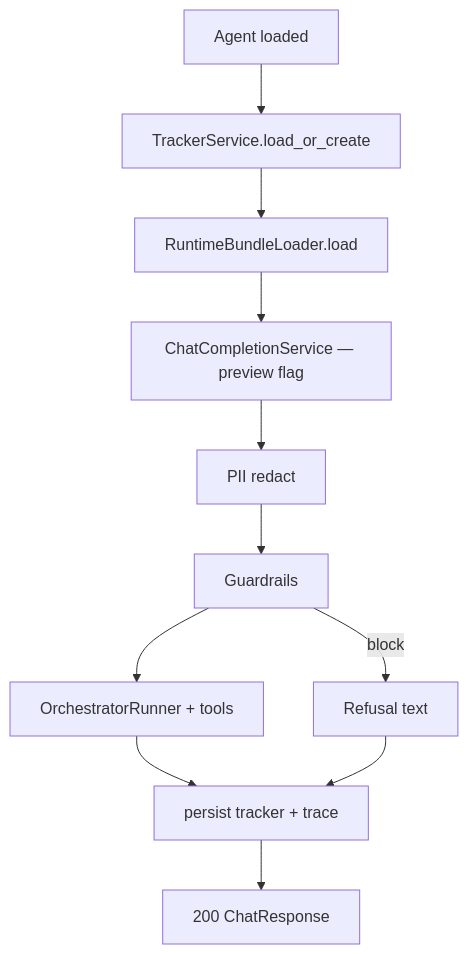
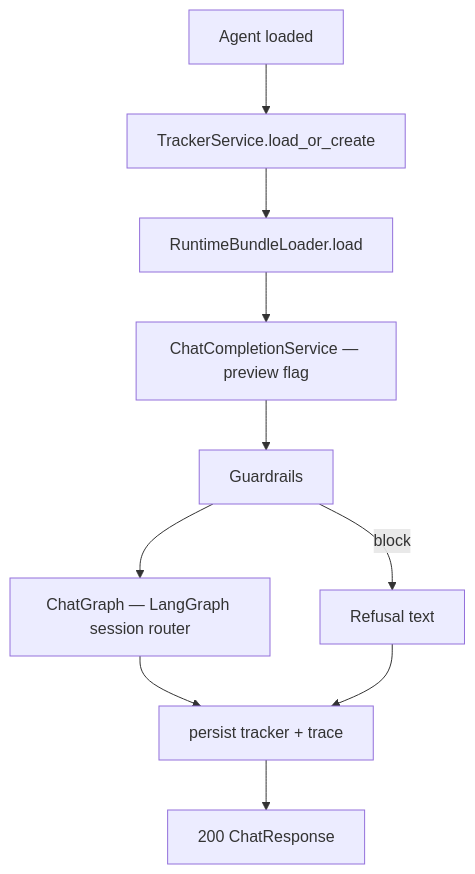
Before and after one commit to shehan-jayasinghe/bot-builder: the third of 3 diagrams in backend/document/chat/06-preview-chat-diagrams.md, drawn with Mermaid. The commit also changed other lines of this file and 59 other files, not shown here.

````diff
--- a/backend/document/chat/06-preview-chat-diagrams.md
+++ b/backend/document/chat/06-preview-chat-diagrams.md
@@ -60,16 +60,15 @@
 ```mermaid
 flowchart TB
     AGENT[Agent loaded]
     AGENT --> TRK[TrackerService.load_or_create]
     TRK --> BUNDLE[RuntimeBundleLoader.load]
     BUNDLE --> PIPE[ChatCompletionService — preview flag]
 
-    PIPE --> SAN[PII redact]
-    SAN --> GUARD[Guardrails]
+    PIPE --> GUARD[Guardrails]
     GUARD -->|block| REFUSE[Refusal text]
-    GUARD --> ORCH[OrchestratorRunner + tools]
-    ORCH --> PERSIST[persist tracker + trace]
+    GUARD --> GRAPH[ChatGraph — LangGraph session router]
+    GRAPH --> PERSIST[persist tracker + trace]
 
     PERSIST --> RES[200 ChatResponse]
     REFUSE --> PERSIST
 ```
````
